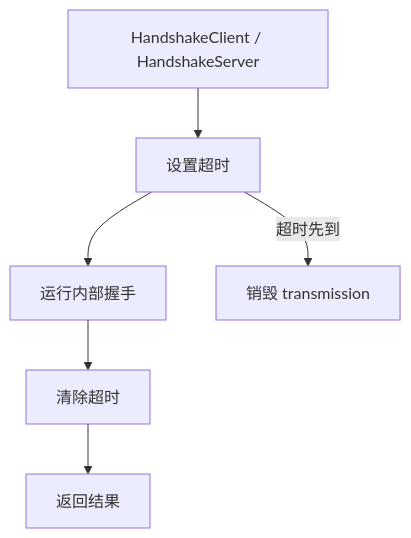
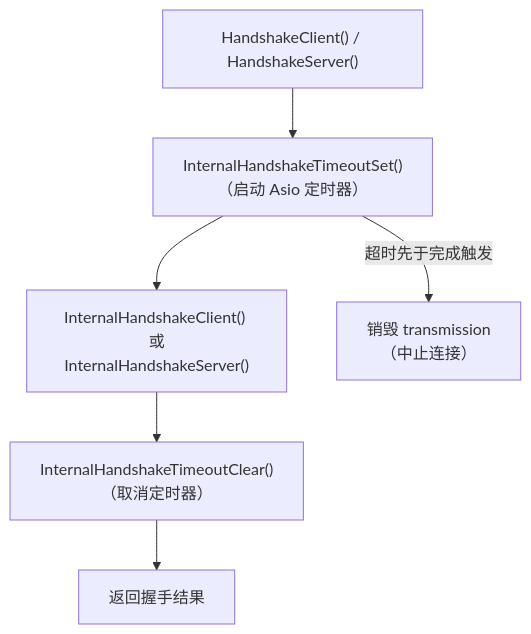
One commit to HyacinthHaru/openppp2 changed the fifth of 10 diagrams in docs/HANDSHAKE_SEQUENCE_CN.md. Above: the diagram before and after it, drawn with Mermaid. The commit also changed other lines of this file and 93 other files, not shown here.

````diff
--- a/docs/HANDSHAKE_SEQUENCE_CN.md
+++ b/docs/HANDSHAKE_SEQUENCE_CN.md
@@ -85,8 +150,8 @@
 ```mermaid
 flowchart TD
-    A[HandshakeClient / HandshakeServer] --> B[设置超时]
-    B --> C[运行内部握手]
-    C --> D[清除超时]
-    D --> E[返回结果]
-    B -->|超时先到| F[销毁 transmission]
+    A["HandshakeClient() / HandshakeServer()"] --> B["InternalHandshakeTimeoutSet()\n（启动 Asio 定时器）"]
+    B --> C["InternalHandshakeClient() 或\nInternalHandshakeServer()"]
+    C --> D["InternalHandshakeTimeoutClear()\n（取消定时器）"]
+    D --> E["返回握手结果"]
+    B -->|"超时先于完成触发"| F["销毁 transmission\n（中止连接）"]
 ```
````
